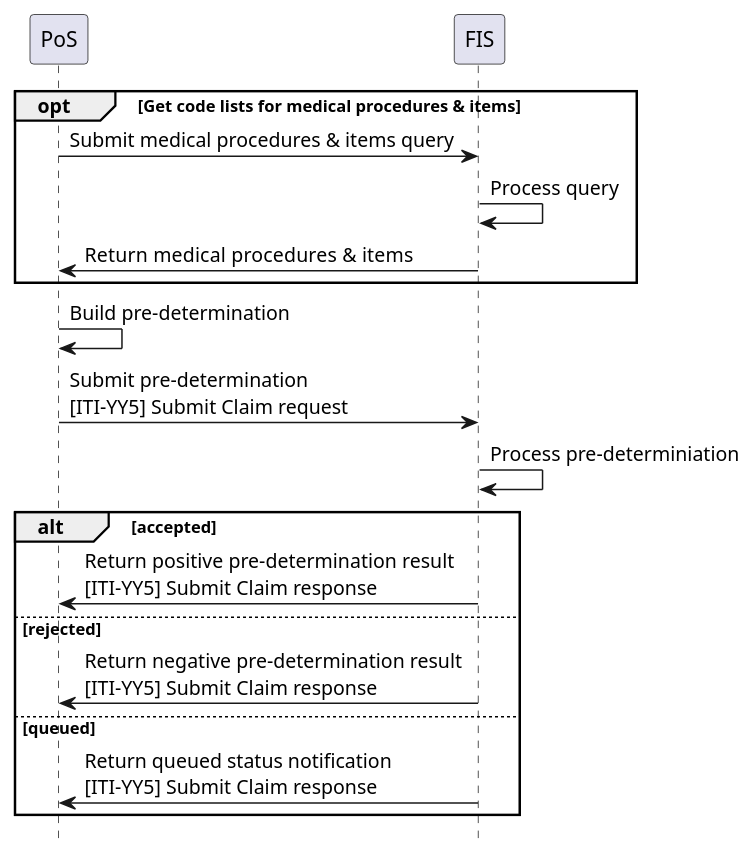
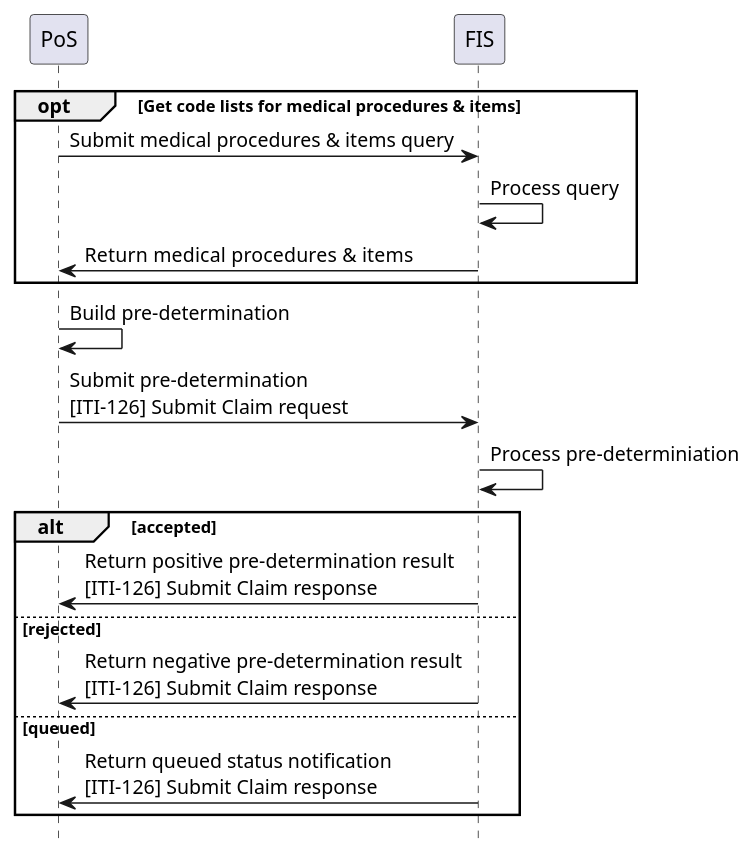
One commit to IHE/ITI.Finance changed the diagram in input/images-source/usecase4-processflow.plantuml. Above: the diagram before and after it, drawn with PlantUML. The commit also changed 16 other files, not shown here.

```diff
--- a/input/images-source/usecase4-processflow.plantuml
+++ b/input/images-source/usecase4-processflow.plantuml
@@ -1,28 +1,28 @@
 @startuml
 skinparam svgDimensionStyle false
 hide footbox
 
 participant PoS
 participant FIS
 
 
 opt Get code lists for medical procedures & items
 	PoS -> FIS: Submit medical procedures & items query
 	FIS -> FIS: Process query
 	FIS -> PoS: Return  medical procedures & items
 end opt
  
 
 PoS -> PoS: Build pre-determination
-PoS -> FIS: Submit pre-determination\n&#91;ITI-YY5&#93; Submit Claim request
+PoS -> FIS: Submit pre-determination\n&#91;ITI-126&#93; Submit Claim request
 FIS -> FIS: Process pre-determiniation
 
 alt accepted
-	FIS -> PoS: Return positive pre-determination result\n&#91;ITI-YY5&#93; Submit Claim response
+	FIS -> PoS: Return positive pre-determination result\n&#91;ITI-126&#93; Submit Claim response
 else rejected
-	FIS -> PoS: Return negative pre-determination result\n&#91;ITI-YY5&#93; Submit Claim response
+	FIS -> PoS: Return negative pre-determination result\n&#91;ITI-126&#93; Submit Claim response
 else queued
-	FIS -> PoS: Return queued status notification\n&#91;ITI-YY5&#93; Submit Claim response
+	FIS -> PoS: Return queued status notification\n&#91;ITI-126&#93; Submit Claim response
 end
 
 @enduml
```
